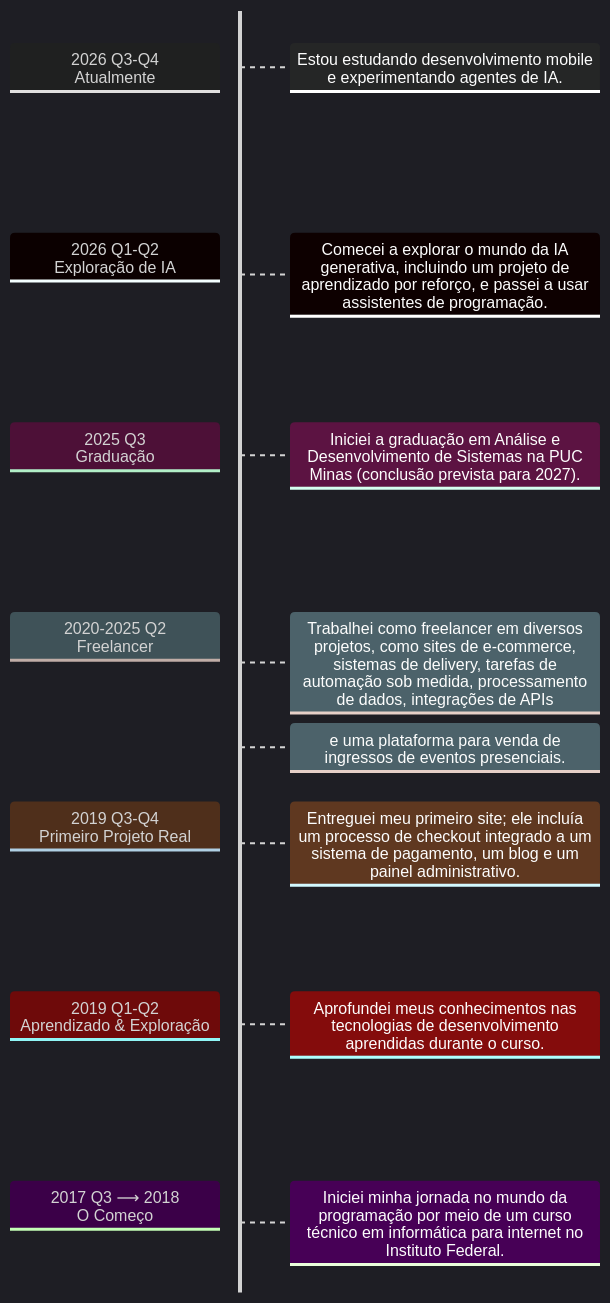
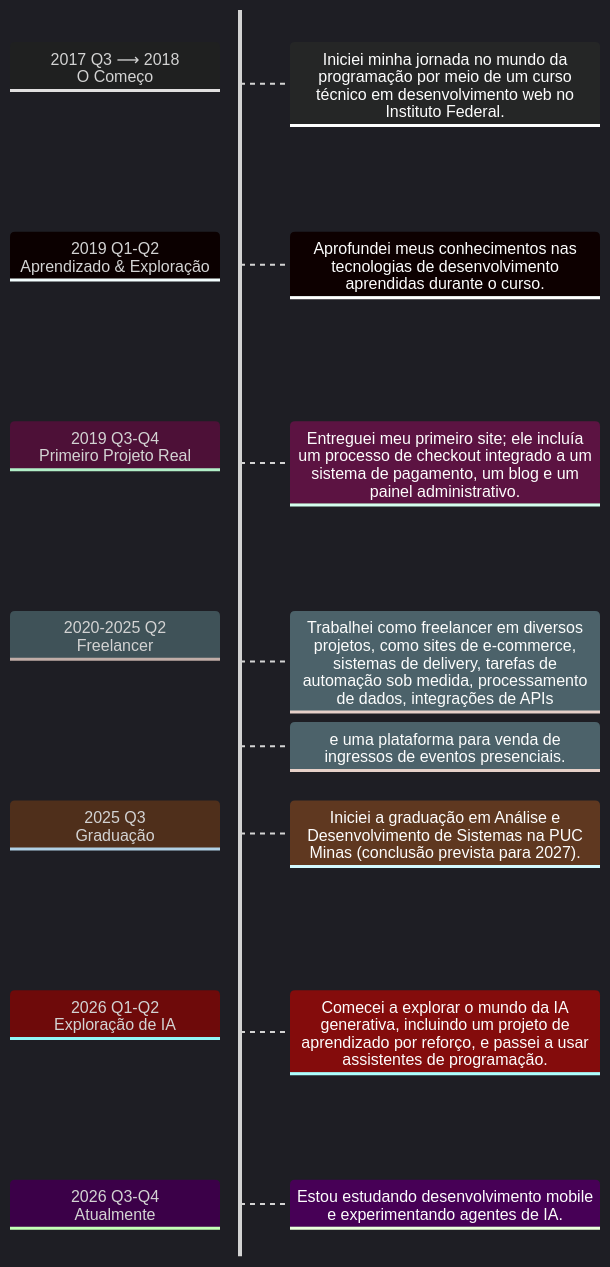
The diagram in README.pt-br.md (geovani-ra/geovani-ra), drawn with Mermaid before and after one commit. The commit also changed other lines of this file and 1 other file, not shown here.

````diff
--- a/README.pt-br.md
+++ b/README.pt-br.md
@@ -32,29 +153,29 @@
 ```mermaid
 ---
 config:
   theme: 'dark'
 ---
 timeline TD
 
-    2026 Q3-Q4 <br> Atualmente
-        : Estou estudando desenvolvimento mobile e experimentando agentes de IA.
+    2017 Q3 ⟶ 2018 <br> O Começo
+        : Iniciei minha jornada no mundo da programação por meio de um curso técnico em desenvolvimento web no Instituto Federal.
 
-    2026 Q1-Q2 <br> Exploração de IA
-        : Comecei a explorar o mundo da IA generativa, incluindo um projeto de aprendizado por reforço, e passei a usar assistentes de programação.
+    2019 Q1-Q2 <br> Aprendizado & Exploração
+        : Aprofundei meus conhecimentos nas tecnologias de desenvolvimento aprendidas durante o curso.
 
-    2025 Q3 <br> Graduação
-        : Iniciei a graduação em Análise e Desenvolvimento de Sistemas na PUC Minas (conclusão prevista para 2027).
+    2019 Q3-Q4 <br> Primeiro Projeto Real
+        : Entreguei meu primeiro site; ele incluía um processo de checkout integrado a um sistema de pagamento, um blog e um painel administrativo.
 
     2020-2025 Q2 <br> Freelancer
         : Trabalhei como freelancer em diversos projetos, como sites de e-commerce, sistemas de delivery, tarefas de automação sob medida, processamento de dados, integrações de APIs
         : e uma plataforma para venda de ingressos de eventos presenciais.
 
-    2019 Q3-Q4 <br> Primeiro Projeto Real
-        : Entreguei meu primeiro site; ele incluía um processo de checkout integrado a um sistema de pagamento, um blog e um painel administrativo.
+    2025 Q3 <br> Graduação
+        : Iniciei a graduação em Análise e Desenvolvimento de Sistemas na PUC Minas (conclusão prevista para 2027).
 
-    2019 Q1-Q2 <br> Aprendizado & Exploração
-        : Aprofundei meus conhecimentos nas tecnologias de desenvolvimento aprendidas durante o curso.
+    2026 Q1-Q2 <br> Exploração de IA
+        : Comecei a explorar o mundo da IA generativa, incluindo um projeto de aprendizado por reforço, e passei a usar assistentes de programação.
 
-    2017 Q3 ⟶ 2018 <br> O Começo
-        : Iniciei minha jornada no mundo da programação por meio de um curso técnico em informática para internet no Instituto Federal.
+    2026 Q3-Q4 <br> Atualmente
+        : Estou estudando desenvolvimento mobile e experimentando agentes de IA.
 ```
````
